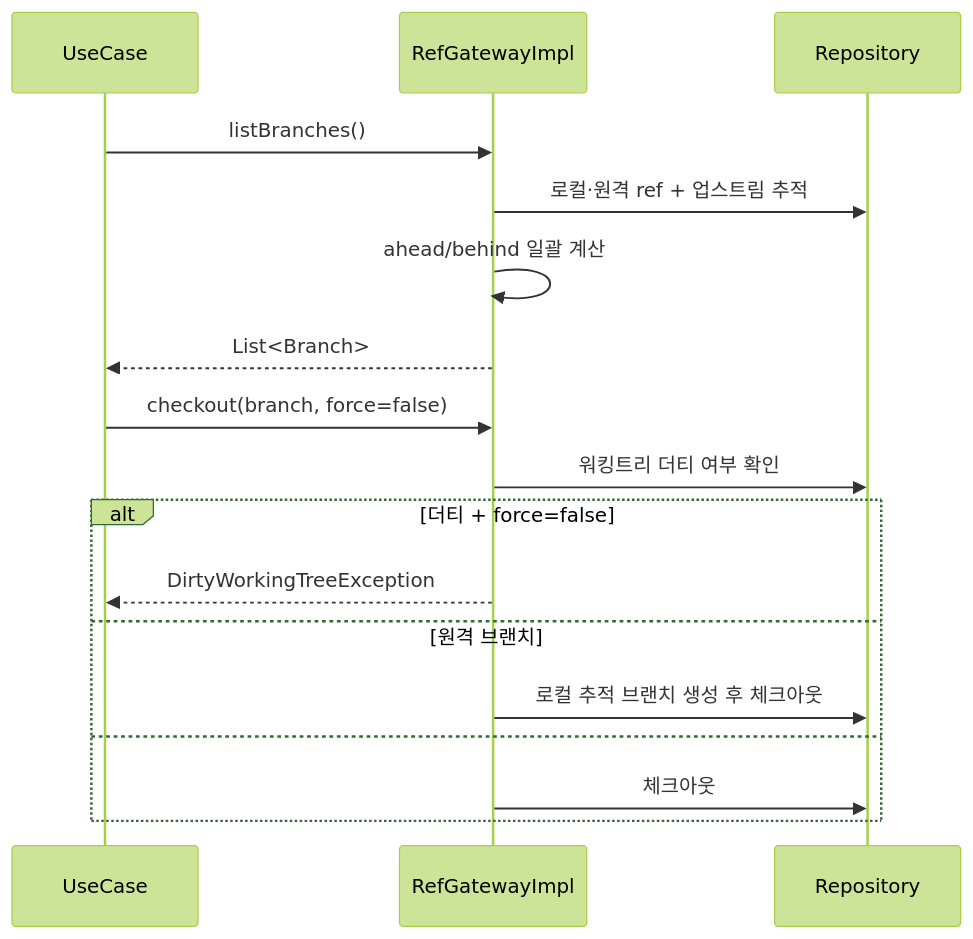
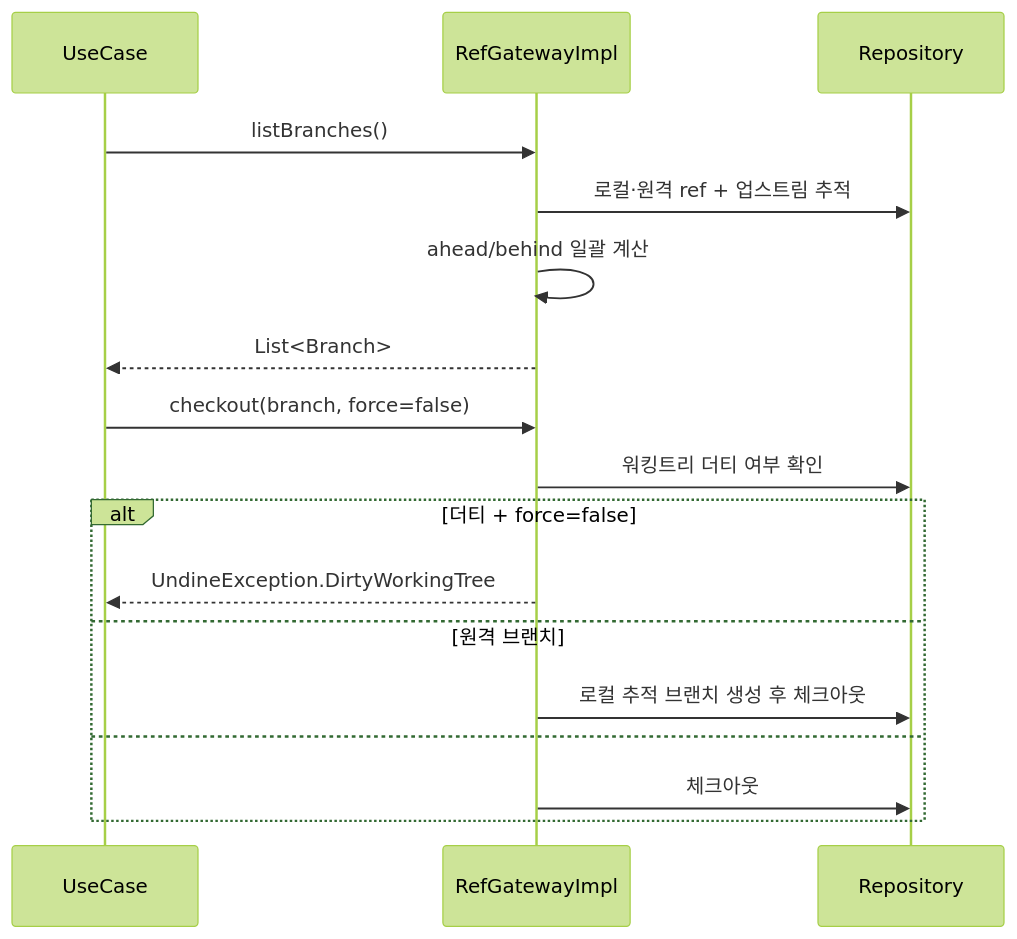
The first of 2 diagrams in tickets/UND-07-ref-management.md (biuea3866/gitkraken-clone-app), drawn with Mermaid (forest theme) before and after one commit. The commit also changed other lines of this file and 9 other files, not shown here.

````diff
--- a/tickets/UND-07-ref-management.md
+++ b/tickets/UND-07-ref-management.md
@@ -27,19 +27,19 @@
 ```mermaid
 sequenceDiagram
     participant UC as UseCase
     participant GW as RefGatewayImpl
     participant Repo as Repository
     UC->>GW: listBranches()
     GW->>Repo: 로컬·원격 ref + 업스트림 추적
     GW->>GW: ahead/behind 일괄 계산
     GW-->>UC: List<Branch>
     UC->>GW: checkout(branch, force=false)
     GW->>Repo: 워킹트리 더티 여부 확인
     alt 더티 + force=false
-        GW-->>UC: DirtyWorkingTreeException
+        GW-->>UC: UndineException.DirtyWorkingTree
     else 원격 브랜치
         GW->>Repo: 로컬 추적 브랜치 생성 후 체크아웃
     else
         GW->>Repo: 체크아웃
     end
 ```
````
